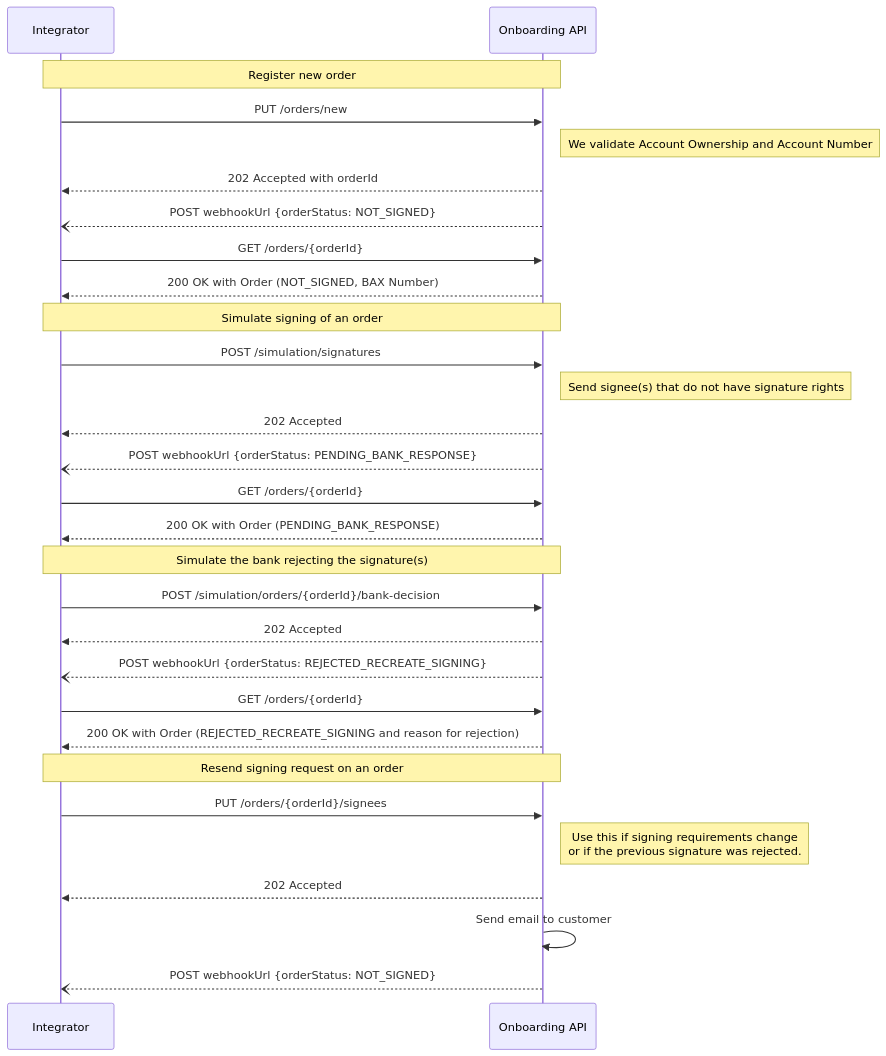
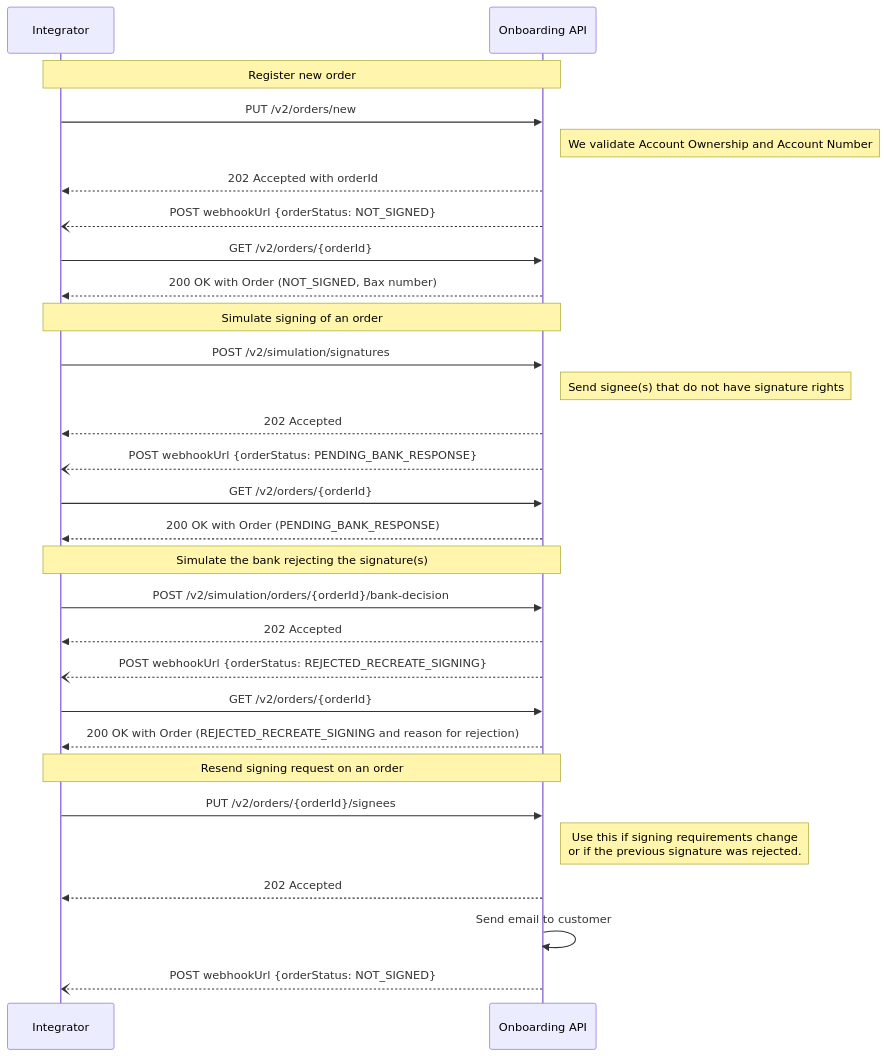
One commit to BankAxept/bankaxept-onboarding-external-documentation changed the third of 3 diagrams in docs/test_flows.md. Above: the diagram before and after it, drawn with Mermaid. The commit also changed other lines of this file and 7 other files, not shown here.

````diff
--- a/docs/test_flows.md
+++ b/docs/test_flows.md
@@ -73,38 +73,38 @@
 ```mermaid
 sequenceDiagram
 participant I as Integrator
 participant O as Onboarding API
 
 note over I, O: Register new order
-I ->> O: PUT /orders/new
+I ->> O: PUT /v2/orders/new
 note right of O: We validate Account Ownership and Account Number
 O -->> I: 202 Accepted with orderId
 
 O --) I: POST webhookUrl {orderStatus: NOT_SIGNED}
-I ->> O : GET /orders/{orderId}
-O -->> I: 200 OK with Order (NOT_SIGNED, BAX Number)
+I ->> O : GET /v2/orders/{orderId}
+O -->> I: 200 OK with Order (NOT_SIGNED, Bax number)
 
 note over I, O: Simulate signing of an order
-I ->> O: POST /simulation/signatures
+I ->> O: POST /v2/simulation/signatures
 note right of O: Send signee(s) that do not have signature rights
 O -->> I: 202 Accepted
 
 O --) I: POST webhookUrl {orderStatus: PENDING_BANK_RESPONSE}
-I ->> O : GET /orders/{orderId}
+I ->> O : GET /v2/orders/{orderId}
 O -->> I: 200 OK with Order (PENDING_BANK_RESPONSE)
 
 note over I, O: Simulate the bank rejecting the signature(s)
-I ->> O: POST /simulation/orders/{orderId}/bank-decision
+I ->> O: POST /v2/simulation/orders/{orderId}/bank-decision
 O -->> I: 202 Accepted
 
 O --) I: POST webhookUrl {orderStatus: REJECTED_RECREATE_SIGNING}
-I ->> O : GET /orders/{orderId}
+I ->> O : GET /v2/orders/{orderId}
 O -->> I: 200 OK with Order (REJECTED_RECREATE_SIGNING and reason for rejection)
 
 note over I, O: Resend signing request on an order
-I ->> O: PUT /orders/{orderId}/signees
+I ->> O: PUT /v2/orders/{orderId}/signees
 note right of O: Use this if signing requirements change <br/> or if the previous signature was rejected.
 O -->> I: 202 Accepted
 O ->> O: Send email to customer
 O --) I: POST webhookUrl {orderStatus: NOT_SIGNED}
 ```
````
